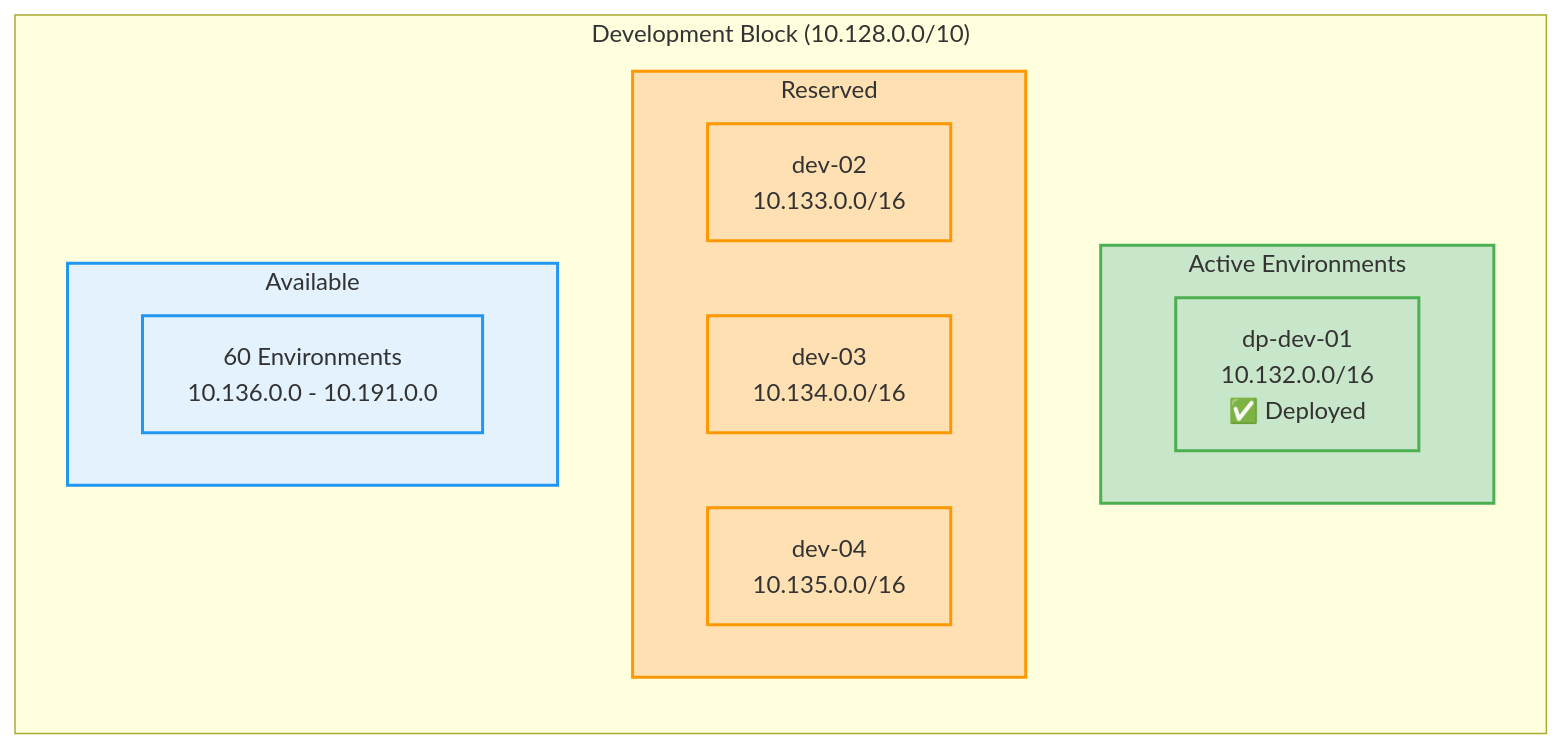
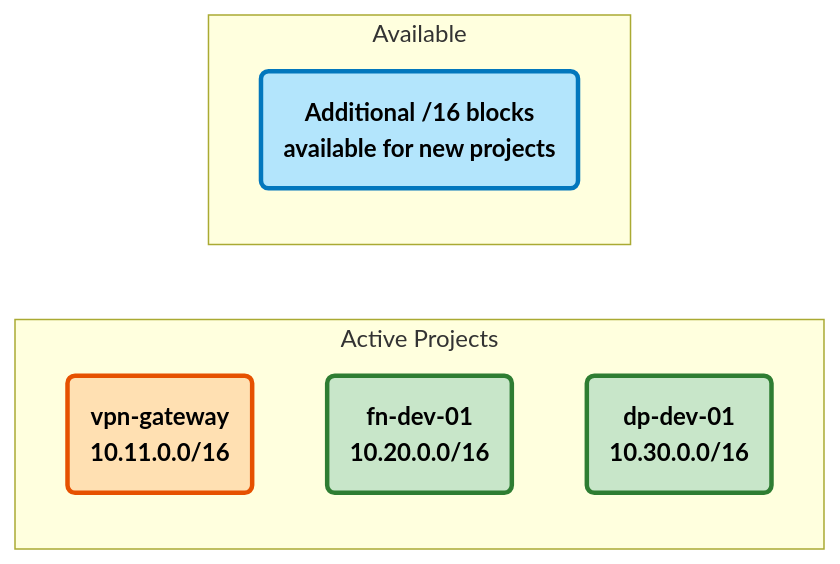
The third of 8 diagrams in docs/IP_ALLOCATION.md (spolspol/terragrunt-gcp-org-automation), drawn with Mermaid before and after one commit. The commit also changed other lines of this file and 36 other files, not shown here.

````diff
--- a/docs/IP_ALLOCATION.md
+++ b/docs/IP_ALLOCATION.md
@@ -107,26 +97,20 @@
 ```mermaid
 flowchart LR
-    subgraph "Development Block (10.128.0.0/10)"
-        subgraph ACTIVE["Active Environments"]
-            DEV01["dp-dev-01<br/>10.132.0.0/16<br/>✅ Deployed"]
-        end
-        
-        subgraph RESERVED["Reserved"]
-            DEV02["dev-02<br/>10.133.0.0/16"]
-            DEV03["dev-03<br/>10.134.0.0/16"]
-            DEV04["dev-04<br/>10.135.0.0/16"]
-        end
-        
-        subgraph AVAILABLE["Available"]
-            AVAIL["60 Environments<br/>10.136.0.0 - 10.191.0.0"]
-        end
+    subgraph "Active Projects"
+        VPNGW("<b>vpn-gateway<br/>10.11.0.0/16</b>")
+        FNDEV("<b>fn-dev-01<br/>10.20.0.0/16</b>")
+        DPDEV("<b>dp-dev-01<br/>10.30.0.0/16</b>")
     end
-    
-    classDef active fill:#C8E6C9,stroke:#4CAF50,stroke-width:2px
-    classDef reserved fill:#FFE0B2,stroke:#FF9800,stroke-width:2px
-    classDef available fill:#E3F2FD,stroke:#2196F3,stroke-width:2px
-    
-    class ACTIVE,DEV01 active
-    class RESERVED,DEV02,DEV03,DEV04 reserved
-    class AVAILABLE,AVAIL available
+
+    subgraph "Available"
+        AVAIL("<b>Additional /16 blocks<br/>available for new projects</b>")
+    end
+
+    classDef hub fill:#ffe0b2,stroke:#e65100,stroke-width:3px,color:#000
+    classDef compute fill:#c8e6c9,stroke:#2e7d32,stroke-width:3px,color:#000
+    classDef network fill:#b3e5fc,stroke:#0277bd,stroke-width:3px,color:#000
+
+    class VPNGW hub
+    class FNDEV,DPDEV compute
+    class AVAIL network
 ```
````
